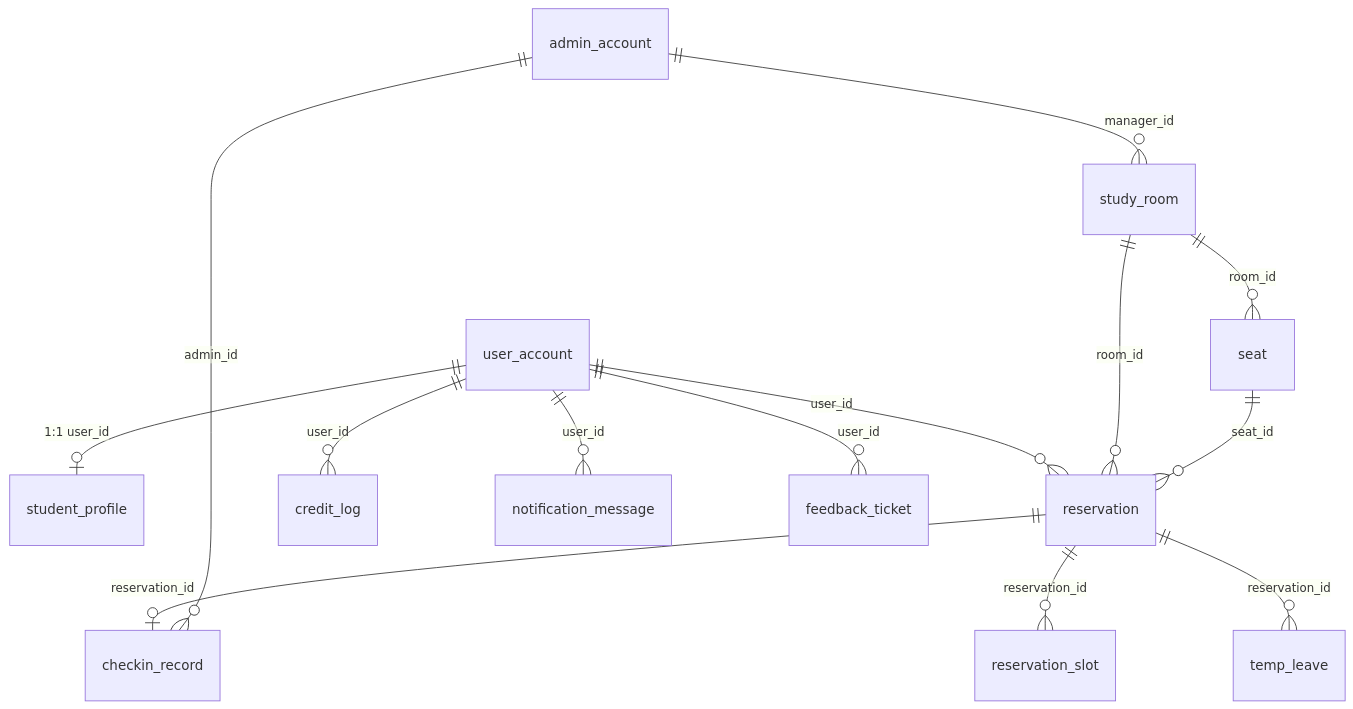
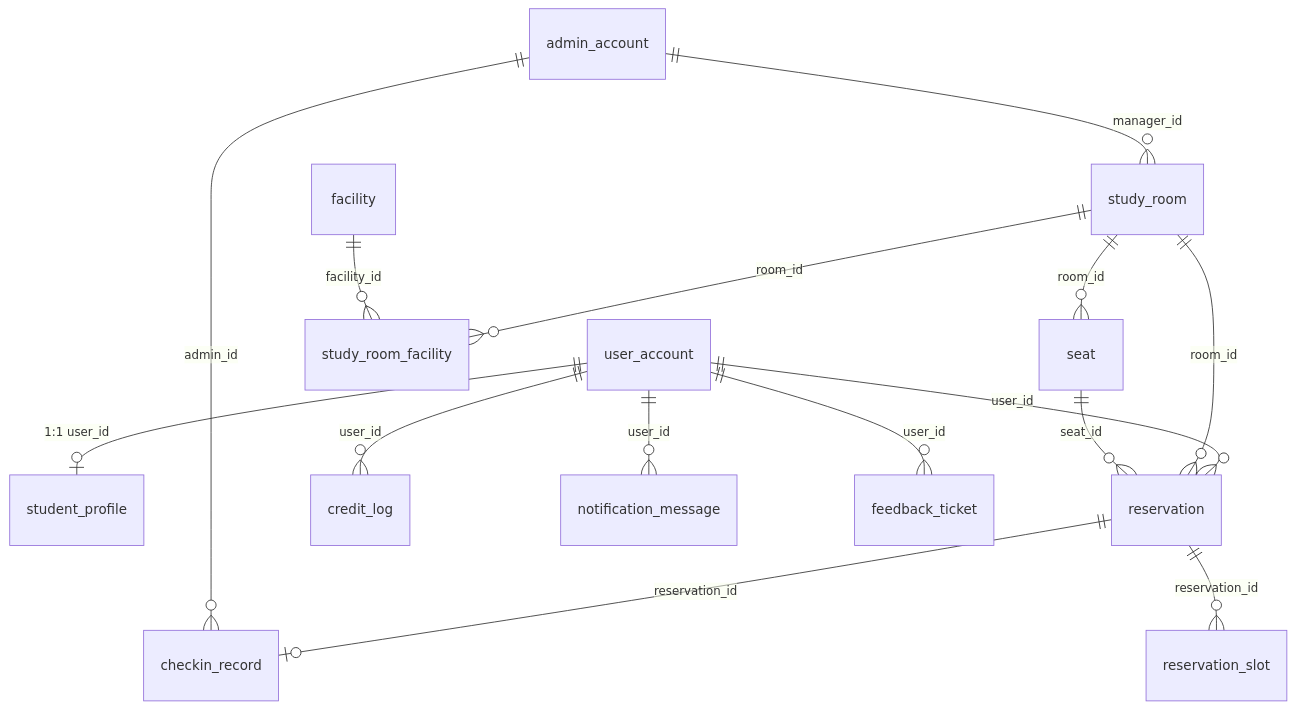
One commit to Harrydai4/CampusStudyRoomReservationManagementSystem changed the second of 2 diagrams in docs/06-部署配置/数据库完整说明.md. Above: the diagram before and after it, drawn with Mermaid. The commit also changed other lines of this file and 87 other files, not shown here.

````diff
--- a/docs/06-部署配置/数据库完整说明.md
+++ b/docs/06-部署配置/数据库完整说明.md
@@ -157,16 +160,17 @@
 ```mermaid
 erDiagram
   user_account ||--o| student_profile : "1:1 user_id"
   admin_account ||--o{ study_room : "manager_id"
+  study_room ||--o{ study_room_facility : "room_id"
+  facility ||--o{ study_room_facility : "facility_id"
   study_room ||--o{ seat : "room_id"
   user_account ||--o{ reservation : "user_id"
   study_room ||--o{ reservation : "room_id"
   seat ||--o{ reservation : "seat_id"
   reservation ||--o| checkin_record : "reservation_id"
   reservation ||--o{ reservation_slot : "reservation_id"
-  reservation ||--o{ temp_leave : "reservation_id"
   user_account ||--o{ credit_log : "user_id"
   user_account ||--o{ notification_message : "user_id"
   user_account ||--o{ feedback_ticket : "user_id"
   admin_account ||--o{ checkin_record : "admin_id"
 ```
````
